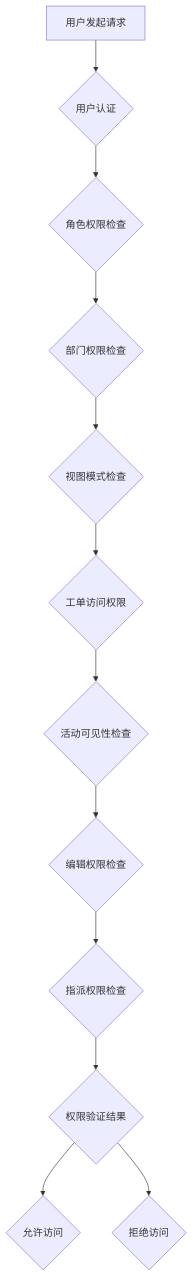
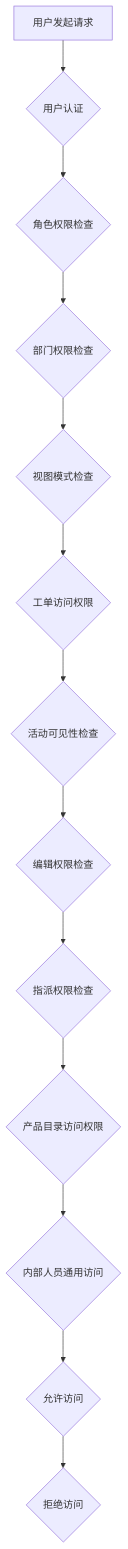
Before and after one commit to CubeEdge/Longhorn: diagram 29 of 36 in .qoder/repowiki/zh/content/开发指南/Service PRD_P2 服务产品需求文档.md, drawn with Mermaid. The commit also changed other lines of this file and 26 other files, not shown here.

````diff
--- a/.qoder/repowiki/zh/content/开发指南/Service PRD_P2 服务产品需求文档.md
+++ b/.qoder/repowiki/zh/content/开发指南/Service PRD_P2 服务产品需求文档.md
@@ -1963,14 +2004,15 @@
 ```mermaid
 flowchart TD
 A[用户发起请求] --> B{用户认证}
 B --> C{角色权限检查}
 C --> D{部门权限检查}
 D --> E{视图模式检查}
 E --> F{工单访问权限}
 F --> G{活动可见性检查}
 G --> H{编辑权限检查}
 H --> I{指派权限检查}
-I --> J{权限验证结果}
-J --> K{允许访问}
-J --> L{拒绝访问}
+I --> J{产品目录访问权限}
+J --> K{内部人员通用访问}
+K --> L{允许访问}
+L --> M{拒绝访问}
 ```
````
